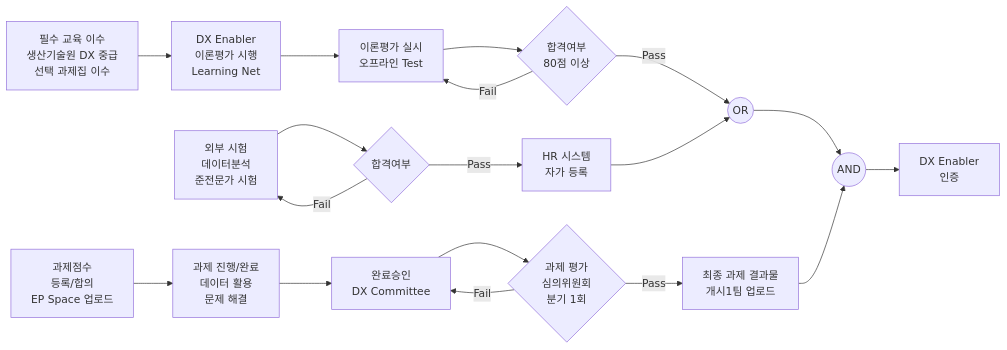
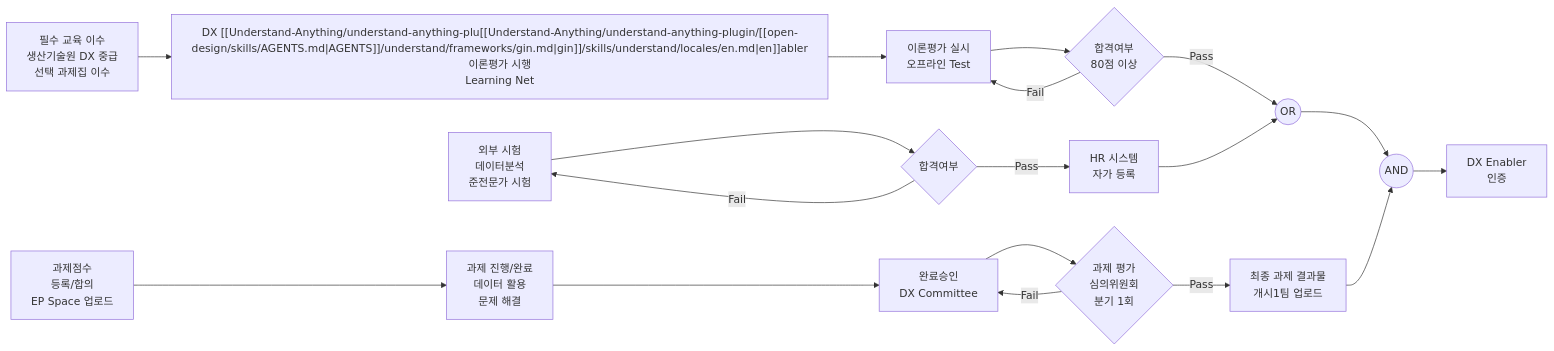
The first of 4 diagrams in raw/legacy-concepts/extracted-0f9466bb-79d5-44e2-bdc7-4ca348f35602.md (foolpoet44/1st_brain), drawn with Mermaid before and after one commit. The commit also changed 471 other files, not shown here.

````diff
--- a/raw/legacy-concepts/extracted-0f9466bb-79d5-44e2-bdc7-4ca348f35602.md
+++ b/raw/legacy-concepts/extracted-0f9466bb-79d5-44e2-bdc7-4ca348f35602.md
@@ -11,45 +11,45 @@
 ```mermaid
 flowchart LR
     A["필수 교육 이수<br/>생산기술원 DX 중급<br/>선택 과제집 이수"]
 
-    B["DX Enabler<br/>이론평가 시행<br/>Learning Net"]
+    B["DX [[Understand-Anything/understand-anything-plu[[Understand-Anything/understand-anything-plugin/[[open-design/skills/AGENTS.md|AGENTS]]/understand/frameworks/gin.md|gin]]/skills/understand/locales/en.md|en]]abler<br/>이론평가 시행<br/>Learning Net"]
     C["이론평가 실시<br/>오프라인 Test"]
     D{"합격여부<br/>80점 이상"}
 
     E["외부 시험<br/>데이터분석<br/>준전문가 시험"]
     F{"합격여부"}
     G["HR 시스템<br/>자가 등록"]
 
     H(("OR"))
 
     I["과제점수<br/>등록/합의<br/>EP Space 업로드"]
     J["과제 진행/완료<br/>데이터 활용<br/>문제 해결"]
     K["완료승인<br/>DX Committee"]
     L{"과제 평가<br/>심의위원회<br/>분기 1회"}
     M["최종 과제 결과물<br/>개시1팀 업로드"]
 
     N(("AND"))
     O["DX Enabler<br/>인증"]
 
     A --> B
     B --> C
     C --> D
     D -->|"Pass"| H
     D -->|"Fail"| C
 
     E --> F
     F -->|"Pass"| G
     F -->|"Fail"| E
     G --> H
 
     H --> N
 
     I --> J
     J --> K
     K --> L
     L -->|"Pass"| M
     L -->|"Fail"| K
     M --> N
 
     N --> O
 ```
````
